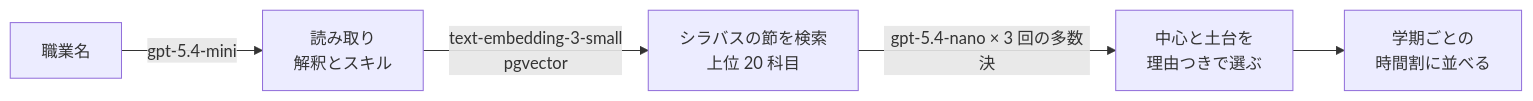
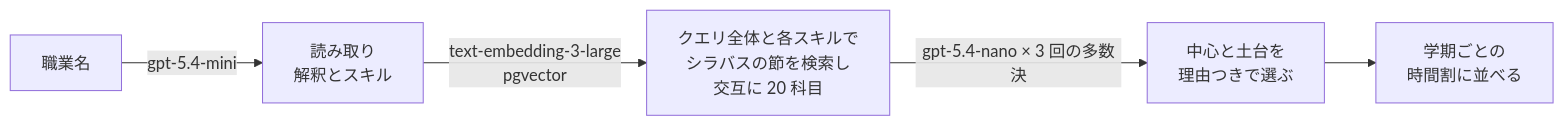
The second of 2 diagrams in README.md (h11roki/Shirube), drawn with Mermaid before and after one commit. The commit also changed other lines of this file and 1 other file, not shown here.

````diff
--- a/README.md
+++ b/README.md
@@ -72,7 +72,7 @@
 ```mermaid
 flowchart LR
   J[職業名] -->|gpt-5.4-mini| R[読み取り<br/>解釈とスキル]
-  R -->|text-embedding-3-small<br/>pgvector| S[シラバスの節を検索<br/>上位 20 科目]
+  R -->|text-embedding-3-large<br/>pgvector| S[クエリ全体と各スキルで<br/>シラバスの節を検索し<br/>交互に 20 科目]
   S -->|gpt-5.4-nano × 3 回の多数決| C[中心と土台を<br/>理由つきで選ぶ]
   C --> T[学期ごとの<br/>時間割に並べる]
 ```
````
